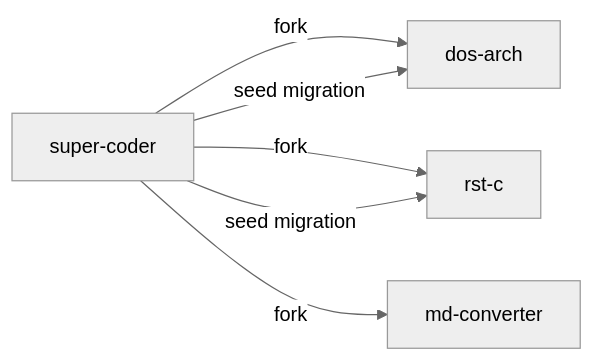
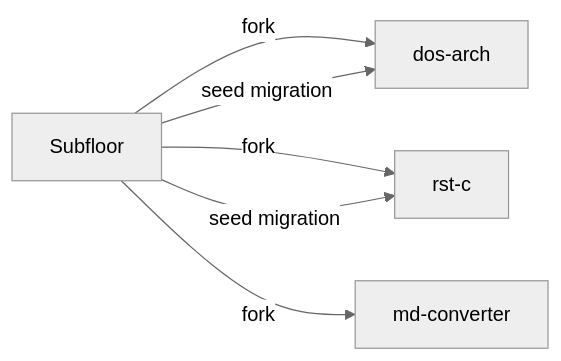
One commit to jedbjorn/subfloor changed the second of 2 diagrams in .super-coder/assets/seed/super-coder-founding-spec.md. Above: the diagram before and after it, drawn with Mermaid (neutral theme). The commit also changed other lines of this file and 87 other files, not shown here.

````diff
--- a/.super-coder/assets/seed/super-coder-founding-spec.md
+++ b/.super-coder/assets/seed/super-coder-founding-spec.md
@@ -388,8 +388,8 @@
 ```mermaid
 graph LR
-  SC[super-coder]:::class1 -->|fork| R1[dos-arch]:::class2
+  SC[Subfloor]:::class1 -->|fork| R1[dos-arch]:::class2
   SC -->|fork| R2[rst-c]:::class2
   SC -->|fork| R3[md-converter]:::class2
   SC -->|seed migration| R1
   SC -->|seed migration| R2
 ```
````
